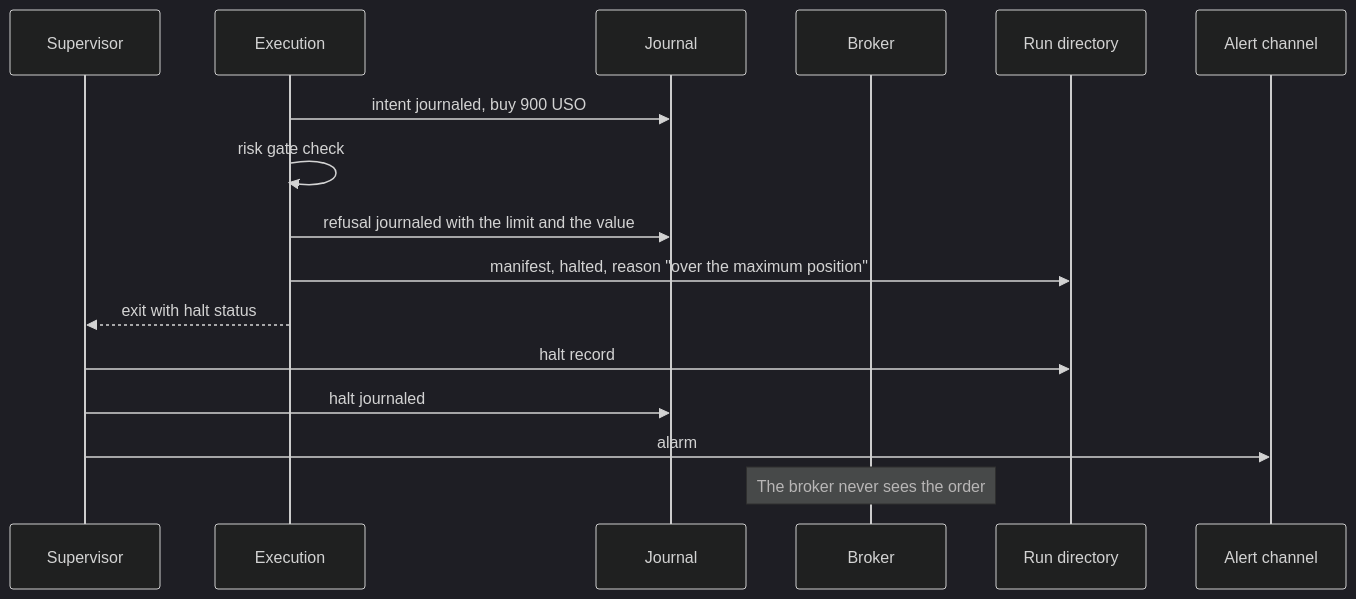
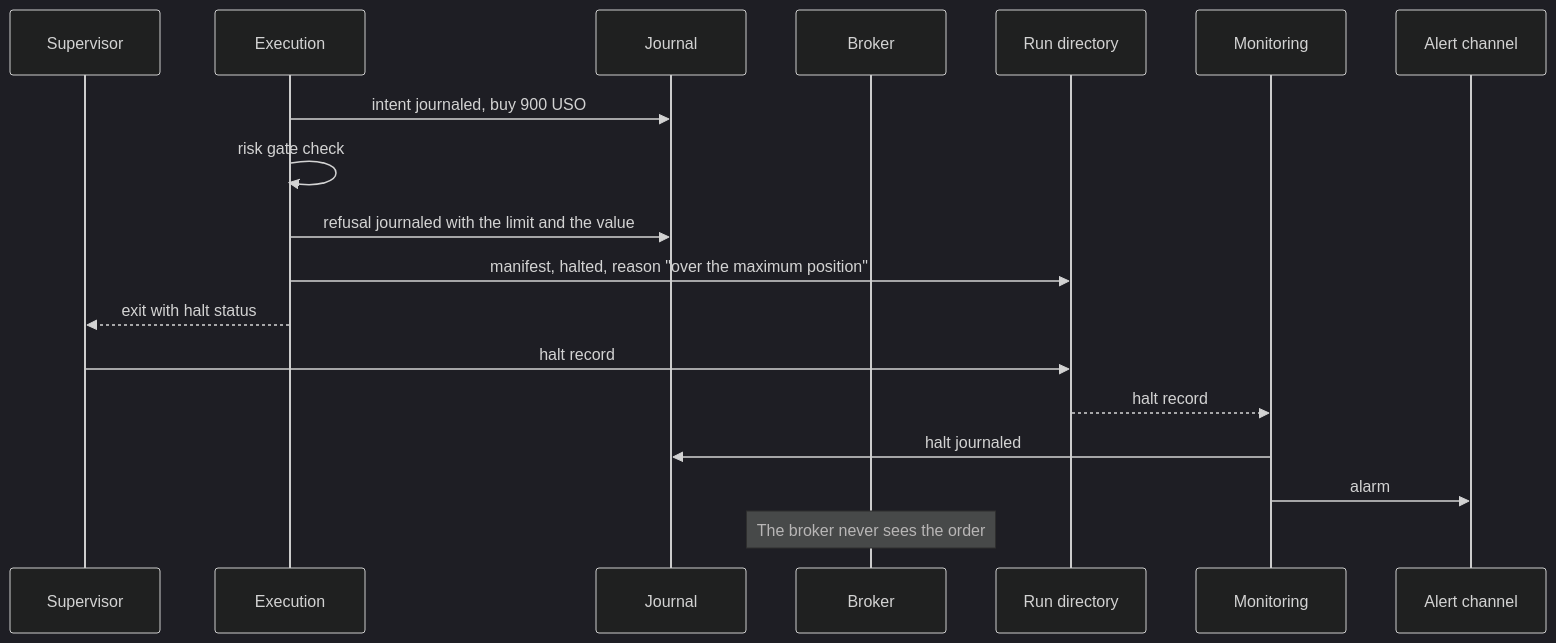
Before and after one commit to l3a0/ithildin-runtime: the seventh of 16 diagrams in docs/architecture.md, drawn with Mermaid (dark theme). The commit also changed other lines of this file and 2 other files, not shown here.

First line of the commit message:
docs(architecture): fix what the review of the process revision found

````diff
--- a/docs/architecture.md
+++ b/docs/architecture.md
@@ -626,19 +664,21 @@
 ```mermaid
 sequenceDiagram
     participant V as Supervisor
     participant X as Execution
     participant J as Journal
     participant B as Broker
     participant F as Run directory
+    participant M as Monitoring
     participant L as Alert channel
 
     X->>J: intent journaled, buy 900 USO
     X->>X: risk gate check
     X->>J: refusal journaled with the limit and the value
     X->>F: manifest, halted, reason "over the maximum position"
     X-->>V: exit with halt status
     V->>F: halt record
-    V->>J: halt journaled
-    V->>L: alarm
+    F-->>M: halt record
+    M->>J: halt journaled
+    M->>L: alarm
     Note over B: The broker never sees the order
 ```
````
